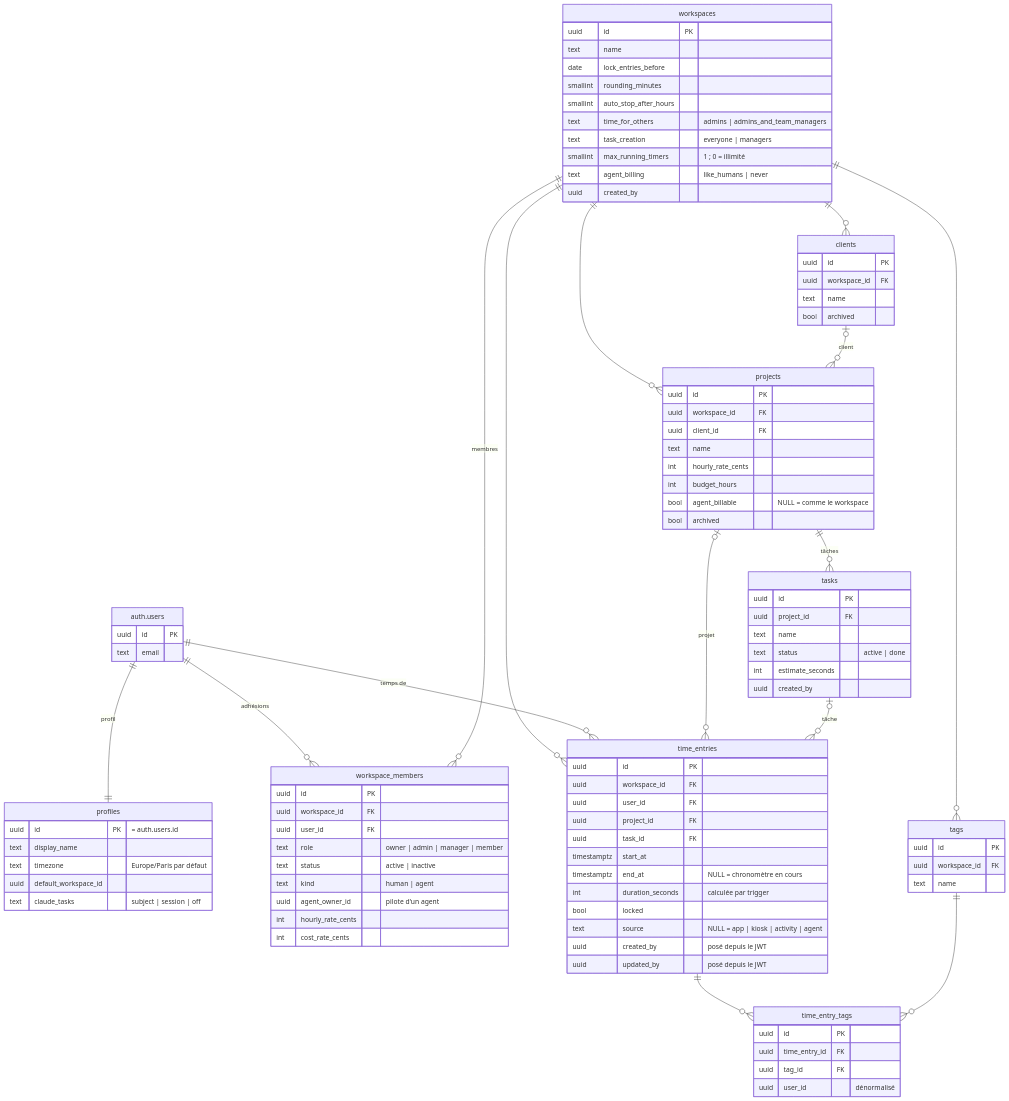
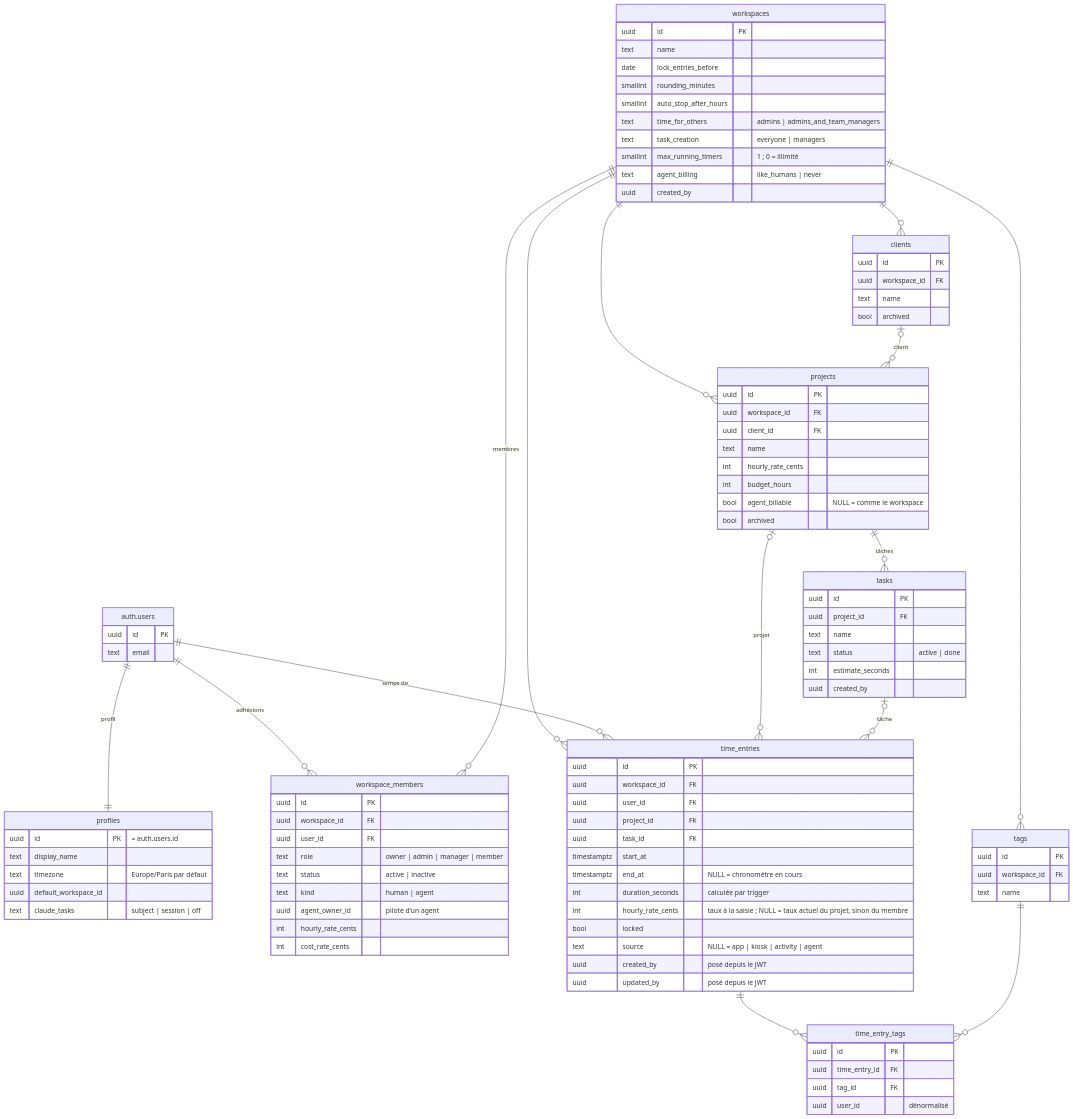
Before and after one commit to ysimonx/Clockifai: the first of 3 diagrams in docs/architecture/donnees.md, drawn with Mermaid. The commit also changed 23 other files, not shown here.

```diff
--- a/docs/architecture/donnees.md
+++ b/docs/architecture/donnees.md
@@ -109,6 +109,7 @@
     timestamptz start_at
     timestamptz end_at "NULL = chronomètre en cours"
     int duration_seconds "calculée par trigger"
+    int hourly_rate_cents "taux à la saisie ; NULL = taux actuel du projet, sinon du membre"
     bool locked
     text source "NULL = app | kiosk | activity | agent"
     uuid created_by "posé depuis le JWT"
```
